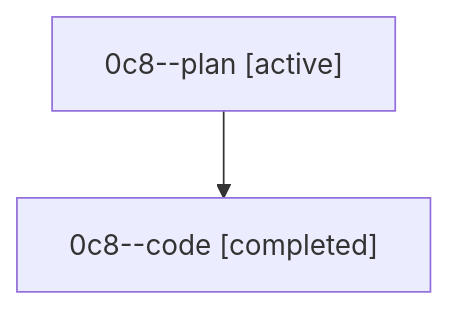
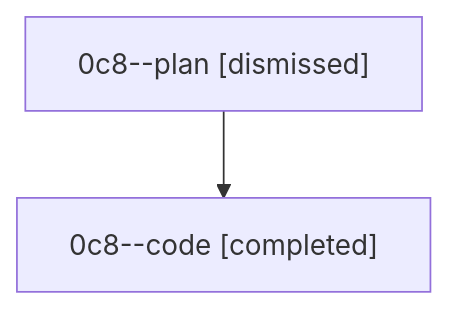
The diagram in sessions/bbugyi200.athena.0c8.md (sase-org/sase--agents), drawn with Mermaid before and after one commit. The commit also changed other lines of this file and 12 other files, not shown here.

````diff
--- a/sessions/bbugyi200.athena.0c8.md
+++ b/sessions/bbugyi200.athena.0c8.md
@@ -9,6 +9,6 @@
 ```mermaid
 flowchart TD
-  n0["0c8--plan [active]"]
+  n0["0c8--plan [dismissed]"]
   n1["0c8--code [completed]"]
   n0 --> n1
 ```
````
